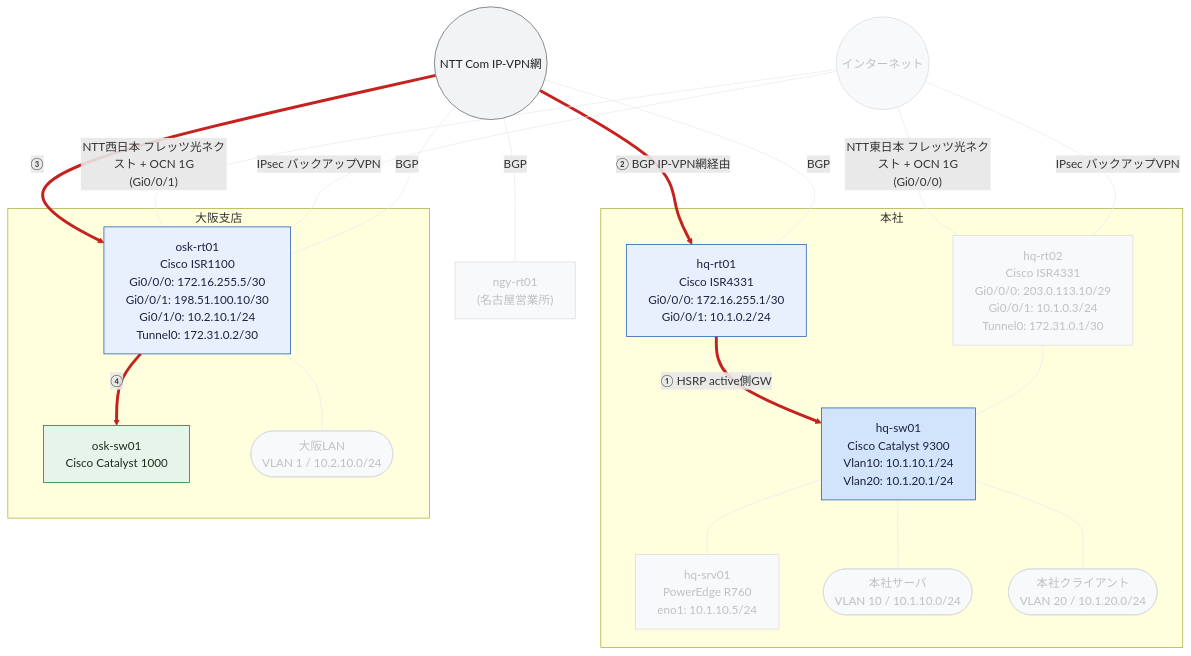
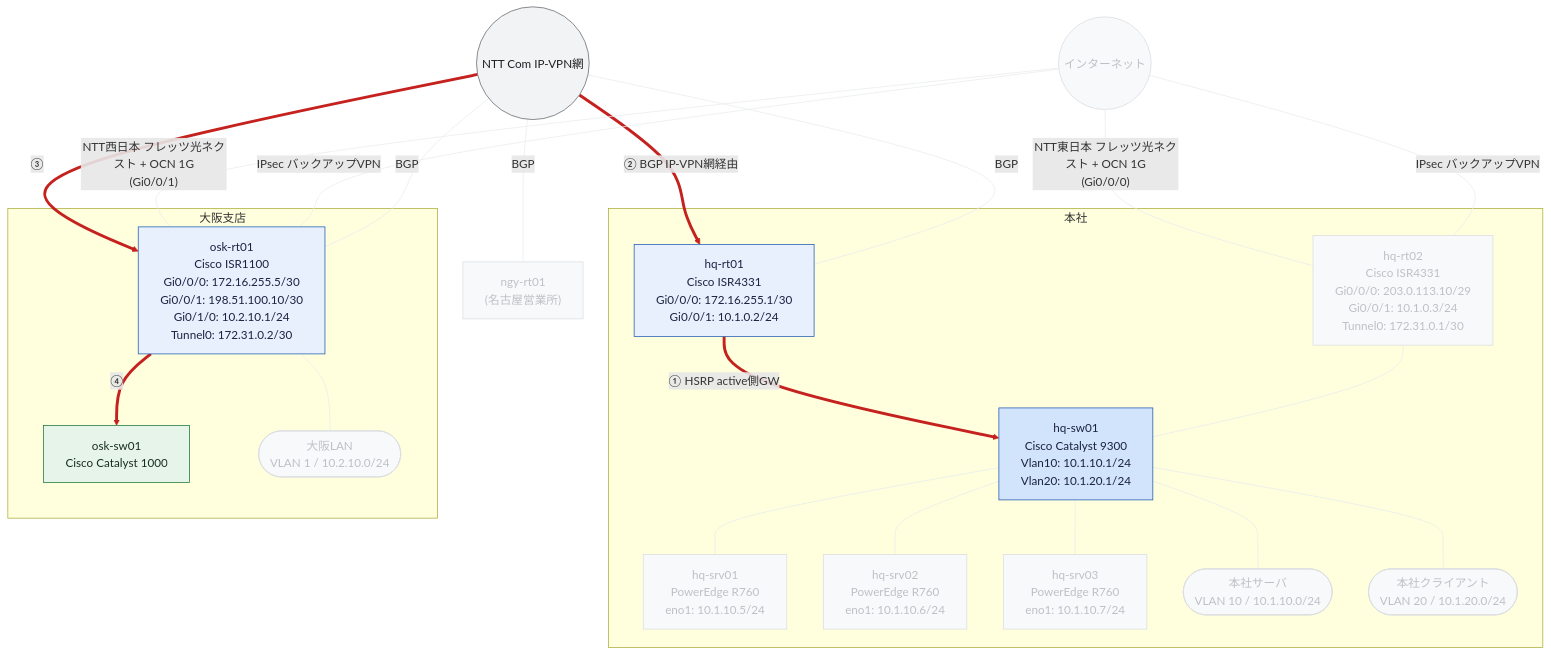
The diagram in examples/sample-corp/generated/path-normal.mmd (thinas1115/nwdsl), drawn with Mermaid before and after one commit. The commit also changed 25 other files, not shown here.

```diff
--- a/examples/sample-corp/generated/path-normal.mmd
+++ b/examples/sample-corp/generated/path-normal.mmd
@@ -1,52 +1,56 @@
 flowchart TB
   subgraph sg_hq["本社"]
     hq_rt01["hq-rt01<br>Cisco ISR4331<br>Gi0/0/0: 172.16.255.1/30<br>Gi0/0/1: 10.1.0.2/24"]
     hq_sw01["hq-sw01<br>Cisco Catalyst 9300<br>Vlan10: 10.1.10.1/24<br>Vlan20: 10.1.20.1/24"]
     hq_rt02["hq-rt02<br>Cisco ISR4331<br>Gi0/0/0: 203.0.113.10/29<br>Gi0/0/1: 10.1.0.3/24<br>Tunnel0: 172.31.0.1/30"]
     hq_srv01["hq-srv01<br>PowerEdge R760<br>eno1: 10.1.10.5/24"]
+    hq_srv02["hq-srv02<br>PowerEdge R760<br>eno1: 10.1.10.6/24"]
+    hq_srv03["hq-srv03<br>PowerEdge R760<br>eno1: 10.1.10.7/24"]
     seg__hq_server(["本社サーバ<br>VLAN 10 / 10.1.10.0/24"])
     seg__hq_client(["本社クライアント<br>VLAN 20 / 10.1.20.0/24"])
   end
   subgraph sg_osk["大阪支店"]
     osk_rt01["osk-rt01<br>Cisco ISR1100<br>Gi0/0/0: 172.16.255.5/30<br>Gi0/0/1: 198.51.100.10/30<br>Gi0/1/0: 10.2.10.1/24<br>Tunnel0: 172.31.0.2/30"]
     osk_sw01["osk-sw01<br>Cisco Catalyst 1000"]
     seg__osk_lan(["大阪LAN<br>VLAN 1 / 10.2.10.0/24"])
   end
   ipvpn(("NTT Com IP-VPN網"))
   internet(("インターネット"))
   ngy_rt01["ngy-rt01<br>(名古屋営業所)"]
   hq_rt01 -->|"① HSRP active側GW"| hq_sw01
   hq_rt02 --- hq_sw01
   osk_rt01 -->|"④"| osk_sw01
   hq_sw01 --- hq_srv01
+  hq_sw01 --- hq_srv02
+  hq_sw01 --- hq_srv03
   ipvpn -->|"② BGP IP-VPN網経由"| hq_rt01
   ipvpn -->|"③"| osk_rt01
   internet ---|"NTT東日本 フレッツ光ネクスト + OCN 1G<br>(Gi0/0/0)"| hq_rt02
   internet ---|"NTT西日本 フレッツ光ネクスト + OCN 1G<br>(Gi0/0/1)"| osk_rt01
   internet ---|"IPsec バックアップVPN"| hq_rt02
   internet ---|"IPsec バックアップVPN"| osk_rt01
   ipvpn ---|"BGP"| hq_rt01
   ipvpn ---|"BGP"| osk_rt01
   ipvpn ---|"BGP"| ngy_rt01
   hq_sw01 --- seg__hq_server
   hq_sw01 --- seg__hq_client
   osk_rt01 --- seg__osk_lan
 
   classDef node_dim fill:#f8f9fa,stroke:#dadce0,color:#bdc1c6
   classDef node_failed fill:#fce8e6,stroke:#c5221f,color:#3c1a19
   classDef role_router fill:#e8f0fe,stroke:#1a56b0,color:#1a2340
   classDef role_l3switch fill:#d2e3fc,stroke:#1a56b0,color:#1a2340
   classDef role_l2switch fill:#e6f4ea,stroke:#137333,color:#1a2e1f
   classDef role_firewall fill:#fce8e6,stroke:#c5221f,color:#3c1a19
   classDef role_other fill:#f1f3f4,stroke:#5f6368,color:#202124
   classDef node_cloud fill:#f1f3f4,stroke:#5f6368,color:#202124
   classDef node_site fill:#fff8e1,stroke:#b58105,color:#4a3a08
   classDef node_segment fill:#e2f5f0,stroke:#0f766e,color:#0b3d38
   classDef node_external fill:#ffffff,stroke:#9aa0a6,stroke-dasharray:3 3,color:#5f6368
   class hq_rt01,osk_rt01 role_router
   class hq_sw01 role_l3switch
-  class hq_rt02,hq_srv01,internet,ngy_rt01,seg__hq_server,seg__hq_client,seg__osk_lan node_dim
+  class hq_rt02,hq_srv01,hq_srv02,hq_srv03,internet,ngy_rt01,seg__hq_server,seg__hq_client,seg__osk_lan node_dim
   class osk_sw01 role_l2switch
   class ipvpn node_cloud
-  linkStyle 0,2,4,5 stroke:#c5221f,stroke-width:4px
-  linkStyle 1,3,6,7,8,9,10,11,12,13,14,15 stroke:#e8eaed,stroke-width:1px
+  linkStyle 0,2,6,7 stroke:#c5221f,stroke-width:4px
+  linkStyle 1,3,4,5,8,9,10,11,12,13,14,15,16,17 stroke:#e8eaed,stroke-width:1px
```
